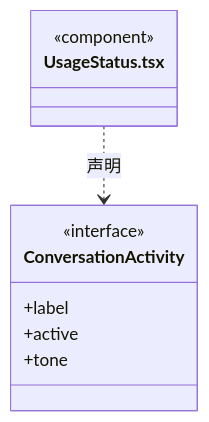
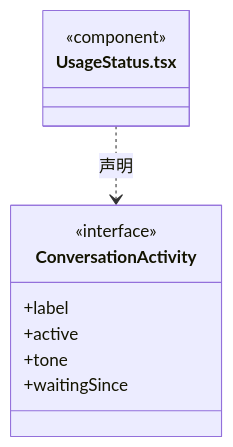
Before and after one commit to nan023062/cbim: diagram 27 of 36 in src/frontend/conversation/ARCHITECTURE.md, drawn with Mermaid. The commit also changed other lines of this file and 49 other files, not shown here.

````diff
--- a/src/frontend/conversation/ARCHITECTURE.md
+++ b/src/frontend/conversation/ARCHITECTURE.md
@@ -340,13 +354,14 @@
 ```mermaid
 classDiagram
 class N_src_frontend_conversation_UsageStatus_tsx["UsageStatus.tsx"] {
   <<component>>
 }
 class N_src_frontend_conversation_UsageStatus_tsx_ConversationActivity["ConversationActivity"] {
   <<interface>>
   +label
   +active
   +tone
+  +waitingSince
 }
 N_src_frontend_conversation_UsageStatus_tsx ..> N_src_frontend_conversation_UsageStatus_tsx_ConversationActivity : 声明
 ```
````
